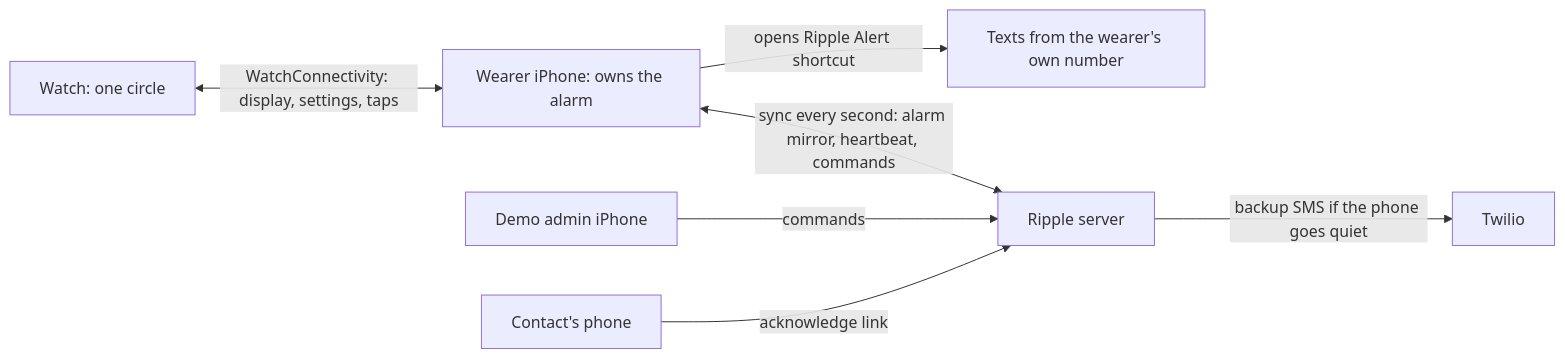
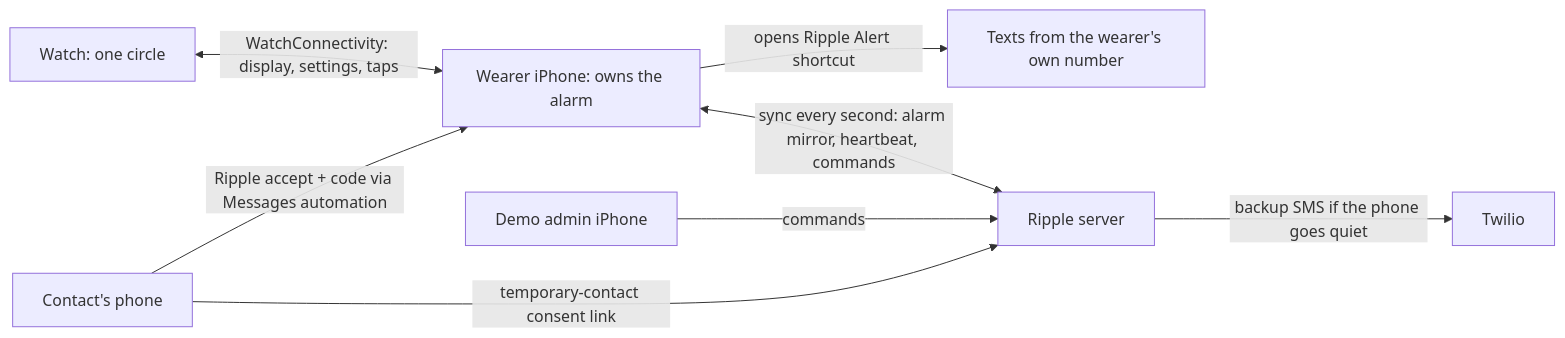
One commit to JummyJoeJackson/htv11-ripple changed the diagram in docs/RUNNING.md. Above: the diagram before and after it, drawn with Mermaid. The commit also changed other lines of this file and 27 other files, not shown here.

````diff
--- a/docs/RUNNING.md
+++ b/docs/RUNNING.md
@@ -181,9 +187,10 @@
 ```mermaid
 flowchart LR
     watch["Watch: one circle"] <-->|"WatchConnectivity: display, settings, taps"| phone["Wearer iPhone: owns the alarm"]
     phone -->|"opens Ripple Alert shortcut"| sms["Texts from the wearer's own number"]
     phone <-->|"sync every second: alarm mirror, heartbeat, commands"| api["Ripple server"]
     admin["Demo admin iPhone"] -->|commands| api
     api -->|"backup SMS if the phone goes quiet"| twilio["Twilio"]
-    contact["Contact's phone"] -->|"acknowledge link"| api
+    contact["Contact's phone"] -->|"Ripple accept + code via Messages automation"| phone
+    contact -->|"temporary-contact consent link"| api
 ```
````
